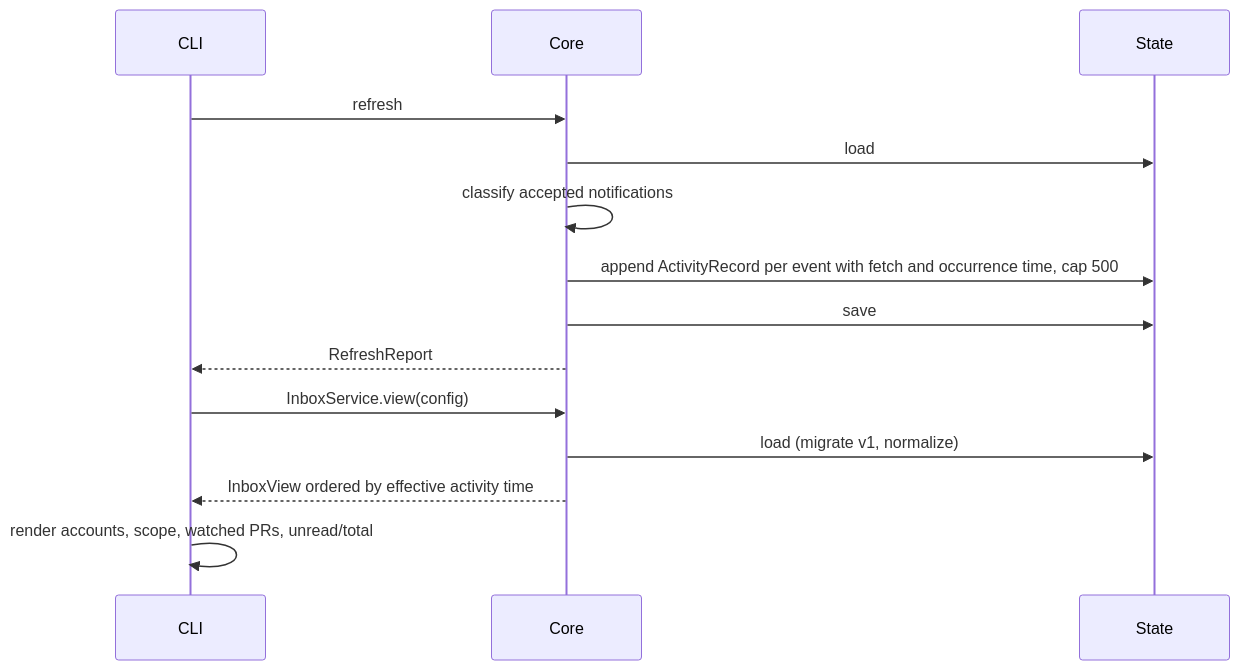
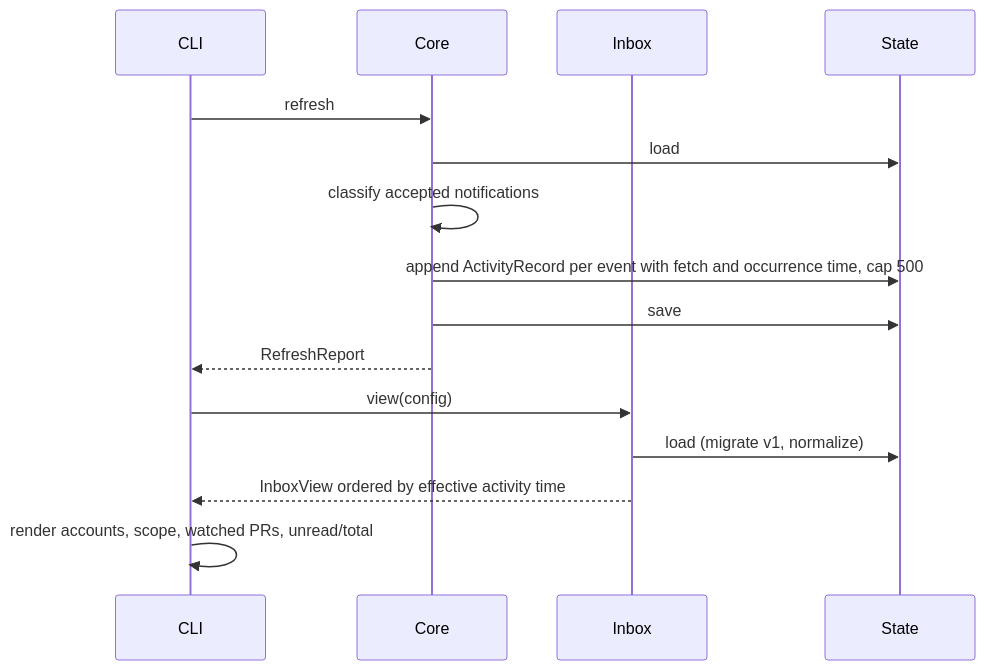
The fifth of 6 diagrams in docs/arc42/06-runtime-view.md (buster/passuff), drawn with Mermaid before and after one commit. The commit also changed other lines of this file and 86 other files, not shown here.

````diff
--- a/docs/arc42/06-runtime-view.md
+++ b/docs/arc42/06-runtime-view.md
@@ -188,16 +187,17 @@
 ```mermaid
 sequenceDiagram
     participant CLI
     participant Core
+    participant Inbox
     participant State
     CLI->>Core: refresh
     Core->>State: load
     Core->>Core: classify accepted notifications
     Core->>State: append ActivityRecord per event with fetch and occurrence time, cap 500
     Core->>State: save
     Core-->>CLI: RefreshReport
-    CLI->>Core: InboxService.view(config)
-    Core->>State: load (migrate v1, normalize)
-    Core-->>CLI: InboxView ordered by effective activity time
+    CLI->>Inbox: view(config)
+    Inbox->>State: load (migrate v1, normalize)
+    Inbox-->>CLI: InboxView ordered by effective activity time
     CLI->>CLI: render accounts, scope, watched PRs, unread/total
 ```
````
